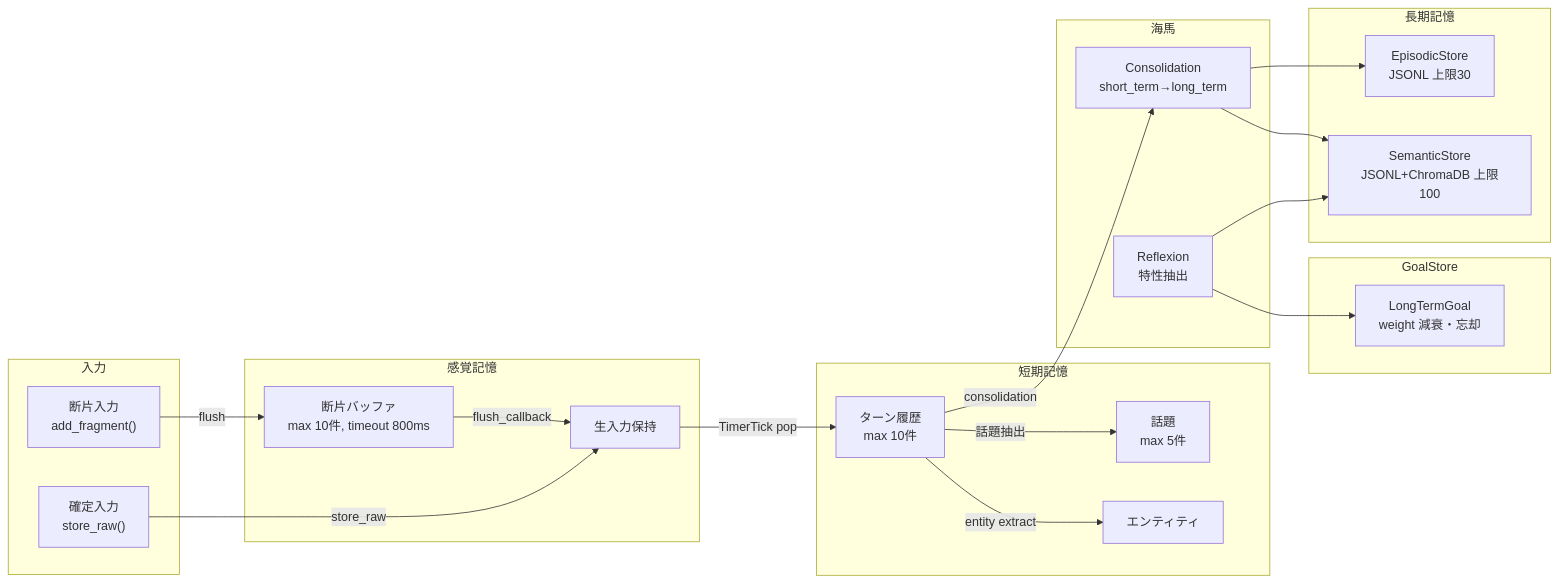
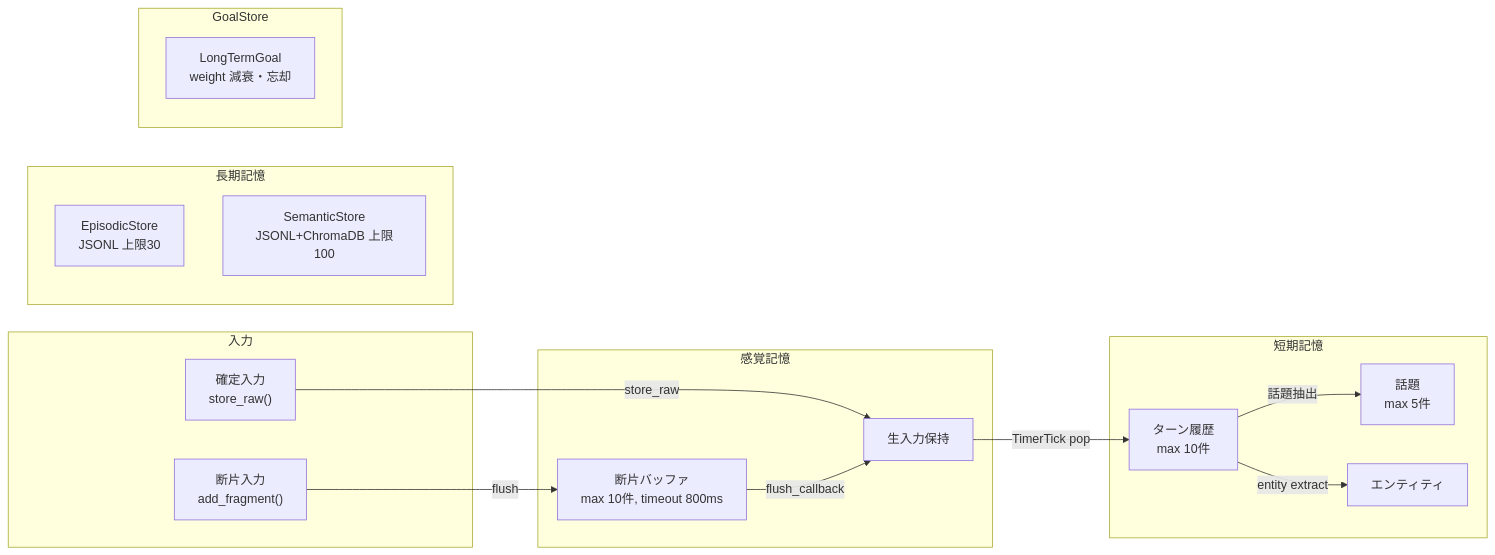
One commit to ibukani/iris-mind changed the diagram in docs/how-it-works/02-memory-system.md. Above: the diagram before and after it, drawn with Mermaid. The commit also changed other lines of this file and 359 other files, not shown here.

````diff
--- a/docs/how-it-works/02-memory-system.md
+++ b/docs/how-it-works/02-memory-system.md
@@ -3,46 +3,35 @@
 ```mermaid
 flowchart LR
     subgraph Input["入力"]
         FRAG["断片入力<br/>add_fragment()"]
         RAW_IN["確定入力<br/>store_raw()"]
     end
 
     subgraph Sensory["感覚記憶"]
         FBUF["断片バッファ<br/>max 10件, timeout 800ms"]
         RBUF["生入力保持"]
     end
 
     subgraph STM["短期記憶"]
         TURNS["ターン履歴<br/>max 10件"]
         TOPICS["話題<br/>max 5件"]
         ENTITIES["エンティティ"]
     end
 
     subgraph LTM["長期記憶"]
         EPI["EpisodicStore<br/>JSONL 上限30"]
         SEM["SemanticStore<br/>JSONL+ChromaDB 上限100"]
     end
 
-    subgraph HIPPO["海馬"]
-        CONSOL["Consolidation<br/>short_term→long_term"]
-        REFLEX["Reflexion<br/>特性抽出"]
-    end
-
     subgraph GOALS["GoalStore"]
         G["LongTermGoal<br/>weight 減衰・忘却"]
     end
 
     FRAG -->|flush| FBUF
     RAW_IN -->|store_raw| RBUF
     FBUF -->|flush_callback| RBUF
     RBUF -->|TimerTick pop| TURNS
 
-    TURNS -->|consolidation| CONSOL
-    CONSOL --> EPI
-    CONSOL --> SEM
     TURNS -->|話題抽出| TOPICS
     TURNS -->|entity extract| ENTITIES
-
-    REFLEX --> SEM
-    REFLEX --> G
 ```
````
